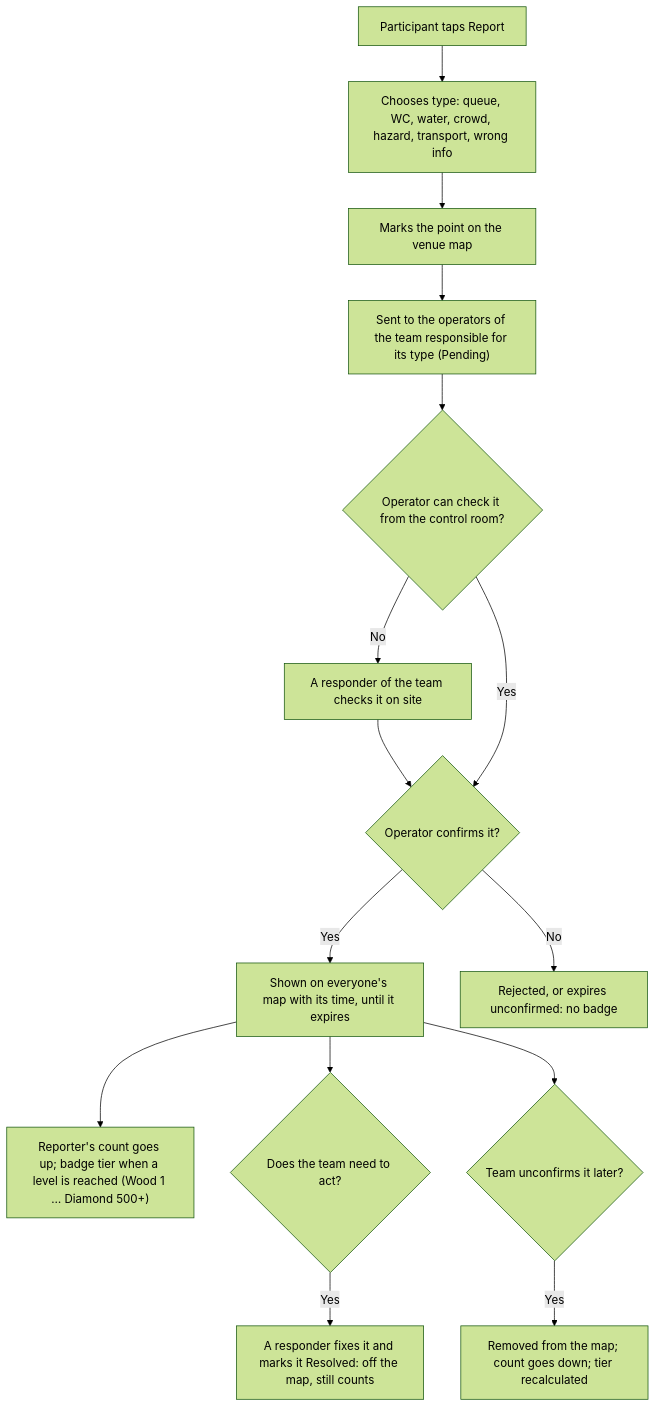
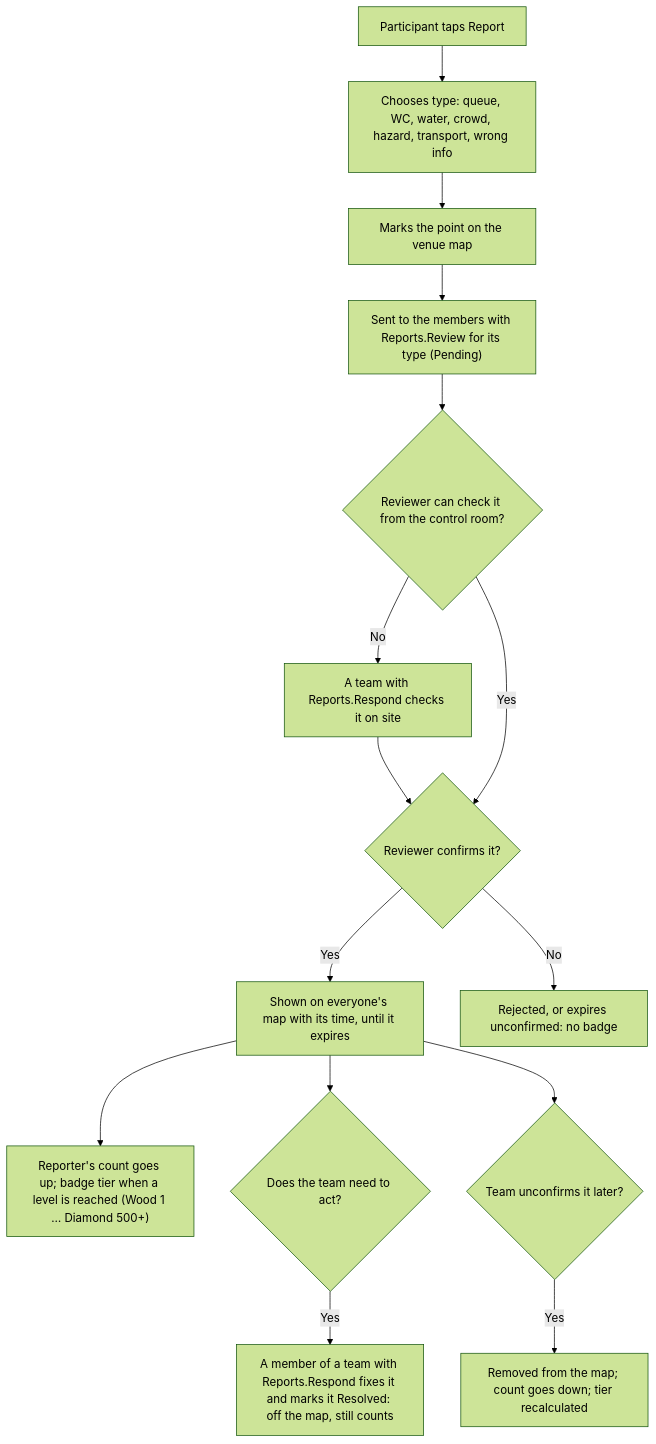
The seventh of 8 diagrams in Docs/Product/user-workflows.md (tomasoliveira21/LABDSOF), drawn with Mermaid (forest theme) before and after one commit. The commit also changed other lines of this file and 10 other files, not shown here.

````diff
--- a/Docs/Product/user-workflows.md
+++ b/Docs/Product/user-workflows.md
@@ -204,16 +206,16 @@
 ```mermaid
 flowchart TD
     A["Participant taps Report"] --> B["Chooses type: queue, WC, water, crowd, hazard, transport, wrong info"]
     B --> C["Marks the point on the venue map"]
-    C --> D["Sent to the operators of the team responsible for its type (Pending)"]
-    D --> K{"Operator can check it from the control room?"}
-    K -- No --> L["A responder of the team checks it on site"] --> E
-    K -- Yes --> E{"Operator confirms it?"}
+    C --> D["Sent to the members with Reports.Review for its type (Pending)"]
+    D --> K{"Reviewer can check it from the control room?"}
+    K -- No --> L["A team with Reports.Respond checks it on site"] --> E
+    K -- Yes --> E{"Reviewer confirms it?"}
     E -- Yes --> F["Shown on everyone's map with its time, until it expires"]
     F --> G["Reporter's count goes up; badge tier when a level is reached (Wood 1 … Diamond 500+)"]
     F --> M{"Does the team need to act?"}
-    M -- Yes --> N["A responder fixes it and marks it Resolved: off the map, still counts"]
+    M -- Yes --> N["A member of a team with Reports.Respond fixes it and marks it Resolved: off the map, still counts"]
     E -- No --> H["Rejected, or expires unconfirmed: no badge"]
     F --> I{"Team unconfirms it later?"}
     I -- Yes --> J["Removed from the map; count goes down; tier recalculated"]
 ```
````
